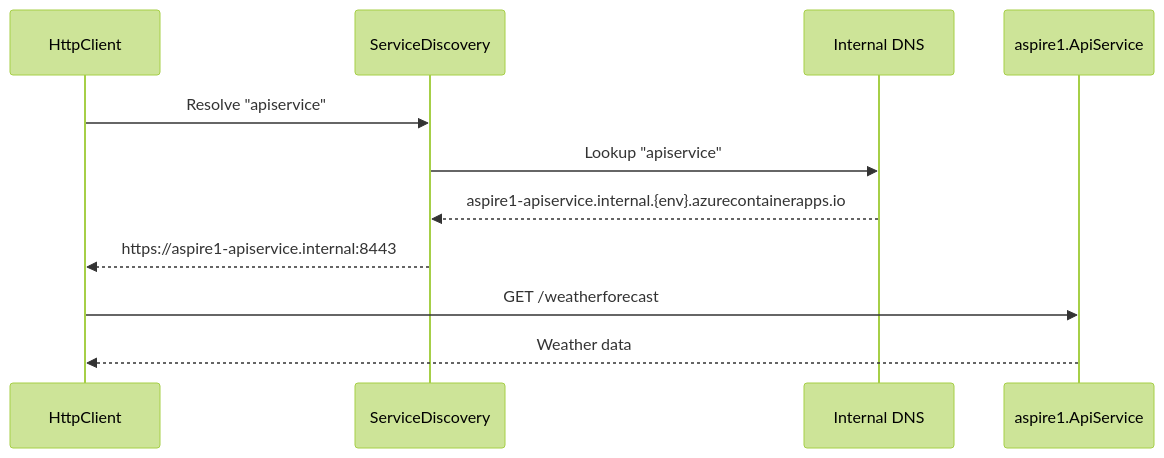
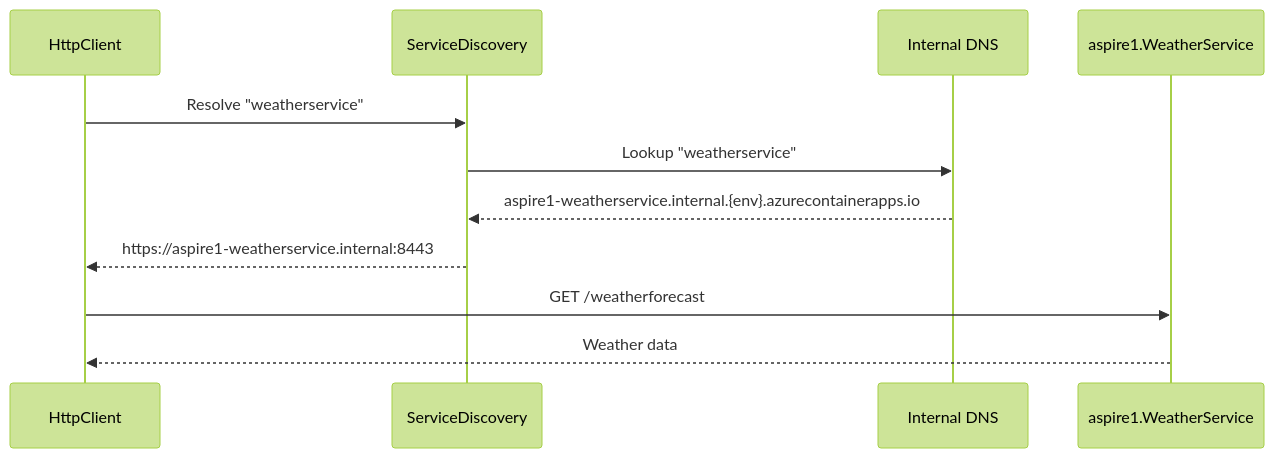
The third of 3 diagrams in aspire1.ServiceDefaults/ARCHITECTURE.md (rbmathis/aspire1), drawn with Mermaid (forest theme) before and after one commit. The commit also changed other lines of this file and 5 other files, not shown here.

First line of the commit message:
Align architecture documentation with actual codebase implementation (#20)

````diff
--- a/aspire1.ServiceDefaults/ARCHITECTURE.md
+++ b/aspire1.ServiceDefaults/ARCHITECTURE.md
@@ -447,14 +456,14 @@
 ```mermaid
 sequenceDiagram
     participant HttpClient
     participant ServiceDiscovery
     participant DNS as Internal DNS
-    participant API as aspire1.ApiService
+    participant API as aspire1.WeatherService
 
-    HttpClient->>ServiceDiscovery: Resolve "apiservice"
-    ServiceDiscovery->>DNS: Lookup "apiservice"
-    DNS-->>ServiceDiscovery: aspire1-apiservice.internal.{env}.azurecontainerapps.io
-    ServiceDiscovery-->>HttpClient: https://aspire1-apiservice.internal:8443
+    HttpClient->>ServiceDiscovery: Resolve "weatherservice"
+    ServiceDiscovery->>DNS: Lookup "weatherservice"
+    DNS-->>ServiceDiscovery: aspire1-weatherservice.internal.{env}.azurecontainerapps.io
+    ServiceDiscovery-->>HttpClient: https://aspire1-weatherservice.internal:8443
     HttpClient->>API: GET /weatherforecast
     API-->>HttpClient: Weather data
 ```
````
